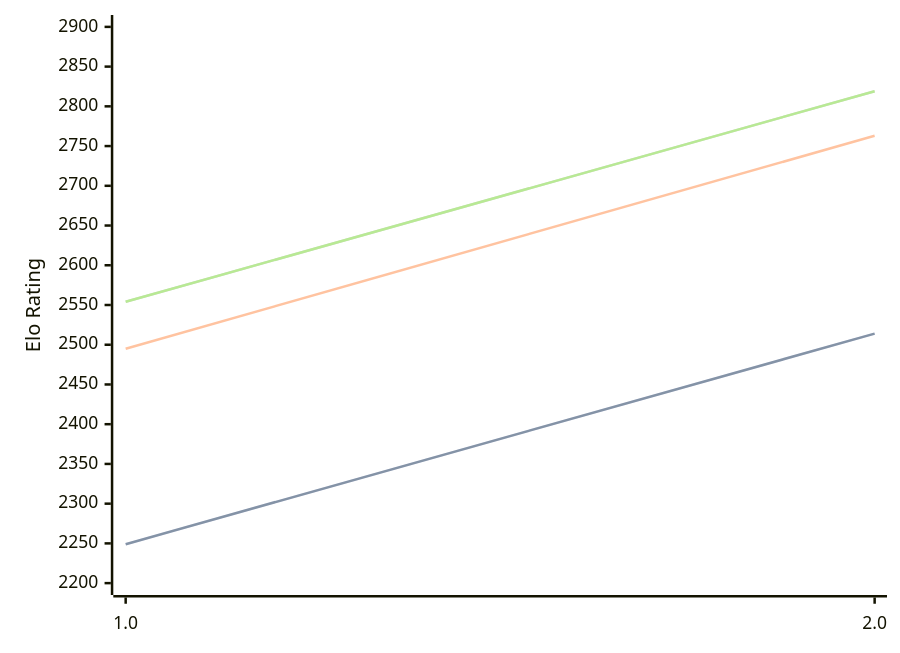
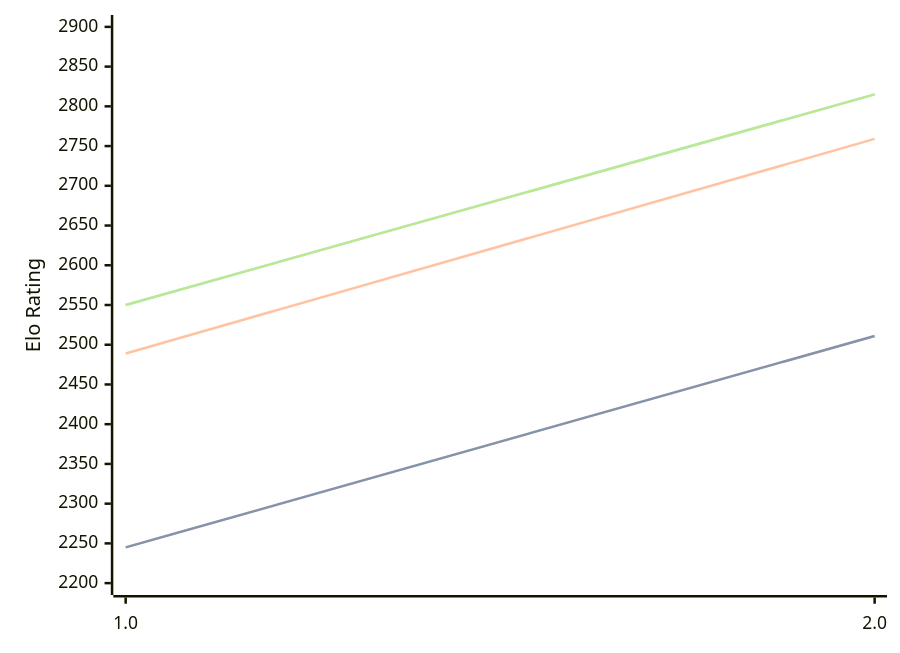
Before and after one commit to computer-chess-index/cci: the third of 3 diagrams in engines/Revolver.md, drawn with Mermaid. The commit also changed other lines of this file, not shown here.

Commit message:
Update CCI Ratings (ELO VLTC) - 2026-07-16

````diff
--- a/engines/Revolver.md
+++ b/engines/Revolver.md
@@ -65,11 +65,11 @@
 ```mermaid
 %%{init: {"theme":"base","themeVariables":{"seriesColors:['#a3a3a3','#222221','#faa371']}}}%%
 xychart-beta
   x-axis ["1.0", "2.0"]
   y-axis "Elo Rating" 2200 --> 2900
-  line "STC (8.0+0.08s)" [2249, 2514]
-  line "STC (8.0+0.08s)" [2249, 2514]
-  line "LTC (60.0+0.60s)" [2495, 2763]
-  line "VLTC (2m24s+1.12s)" [2554, 2819]
-  line "VLTC (2m24s+1.12s)" [2554, 2819]
+  line "STC (8.0+0.08s)" [2245, 2511]
+  line "STC (8.0+0.08s)" [2245, 2511]
+  line "LTC (60.0+0.60s)" [2489, 2759]
+  line "VLTC (2m24s+1.12s)" [2550, 2815]
+  line "VLTC (2m24s+1.12s)" [2550, 2815]
 ```
````
